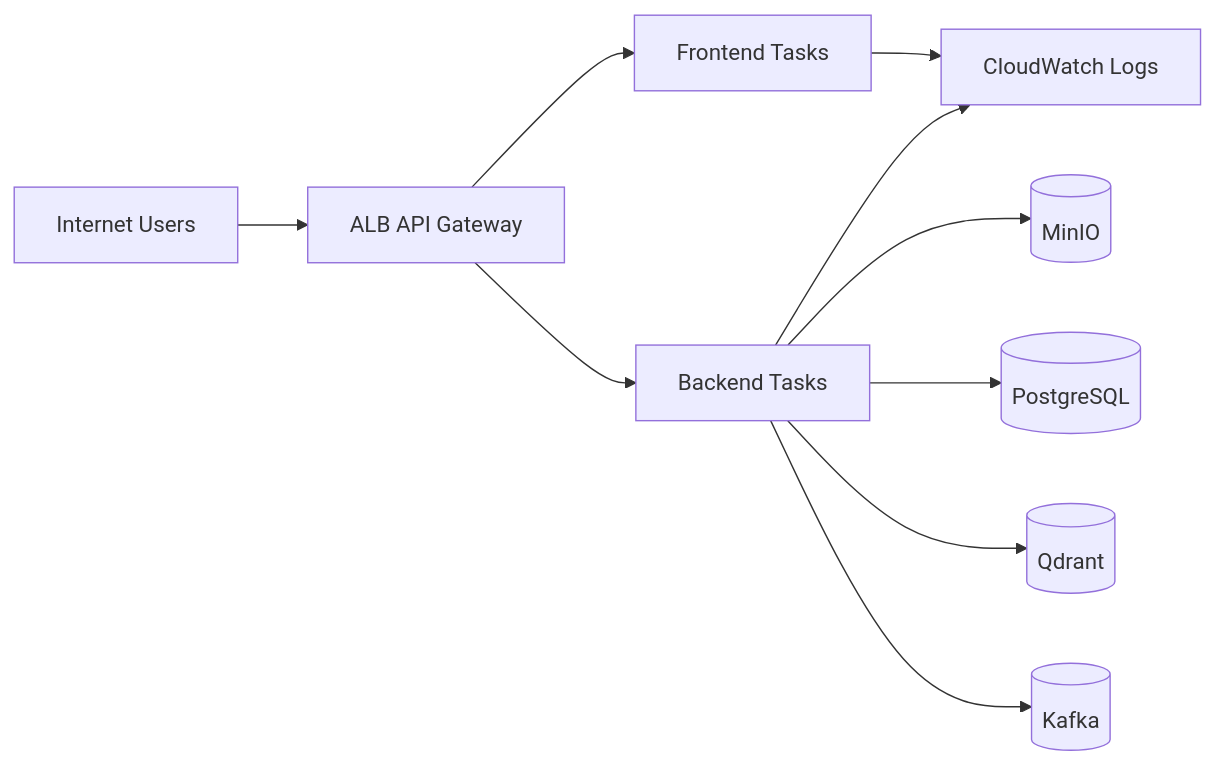
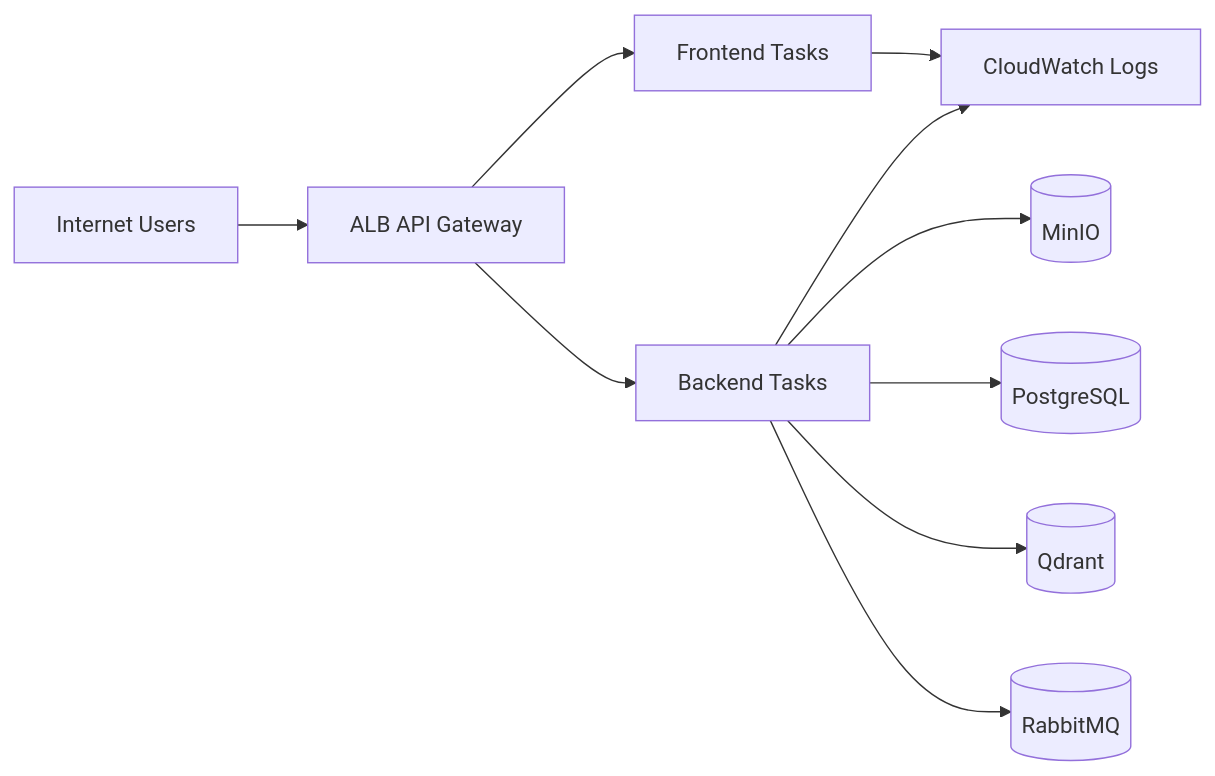
One commit to BeketML/EduAI changed the third of 4 diagrams in documents/AVD.md. Above: the diagram before and after it, drawn with Mermaid. The commit also changed other lines of this file and 6 other files, not shown here.

````diff
--- a/documents/AVD.md
+++ b/documents/AVD.md
@@ -182,12 +182,12 @@
 ```mermaid
 flowchart LR
   internet[Internet Users] --> alb[ALB API Gateway]
   alb --> feTask[Frontend Tasks]
   alb --> backendTask[Backend Tasks]
   backendTask --> s3Store[(MinIO)]
   backendTask --> pgDb[(PostgreSQL)]
   backendTask --> qdrantDb[(Qdrant)]
-  backendTask --> kafkaBus[(Kafka)]
+  backendTask --> rabbitmqBus[(RabbitMQ)]
   feTask --> cwLogs[CloudWatch Logs]
   backendTask --> cwLogs
 ```
````
